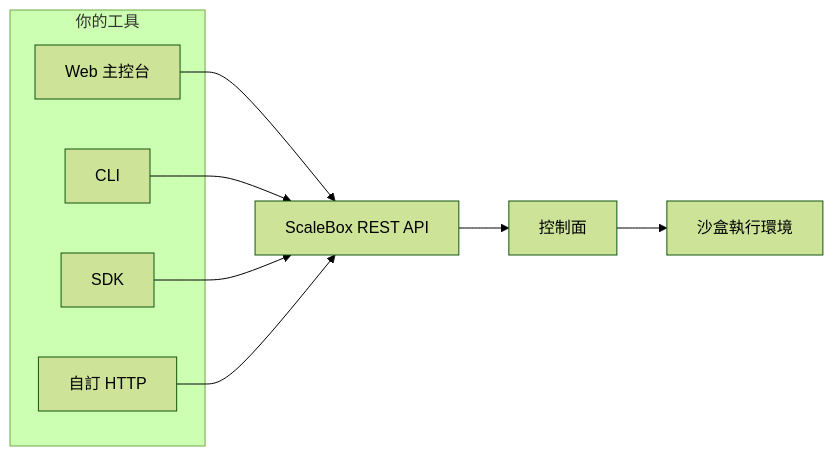
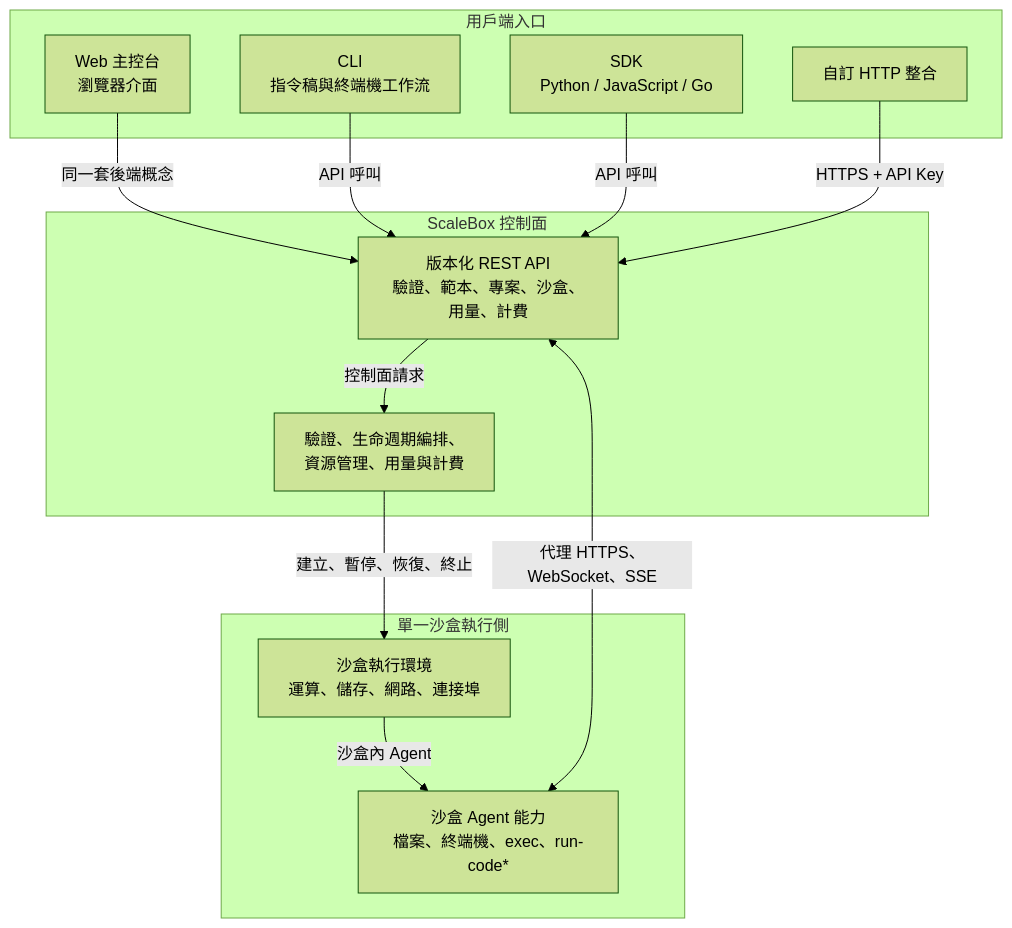
The diagram in content/zh-tw/guides/architecture-overview.mdx (scalebox-dev/scalebox-docs), drawn with Mermaid (forest theme) before and after one commit. The commit also changed other lines of this file and 2 other files, not shown here.

Commit message:
docs(guides): broaden platform overview and clarify architecture diagram
Expand API and CLI narratives (sandbox ops, exec/file flows, fuller CLI/API
coverage). Redraw mermaid with control plane, sandbox runtime, agent layer,
and proxied API paths. Align en/zh-cn/zh-tw.

Made-with: Cursor

````diff
--- a/content/zh-tw/guides/architecture-overview.mdx
+++ b/content/zh-tw/guides/architecture-overview.mdx
@@ -54,18 +54,29 @@
 ```mermaid
-flowchart LR
-  subgraph clients [你的工具]
-    Console[Web 主控台]
-    CLI[CLI]
-    SDK[SDK]
-    Raw[自訂 HTTP]
+flowchart TB
+  subgraph clients [用戶端入口]
+    Console[Web 主控台<br/>瀏覽器介面]
+    CLI[CLI<br/>指令稿與終端機工作流]
+    SDK[SDK<br/>Python / JavaScript / Go]
+    Raw[自訂 HTTP 整合]
   end
-  API[ScaleBox REST API]
-  CP[控制面]
-  RT[沙盒執行環境]
-  Console --> API
-  CLI --> API
-  SDK --> API
-  Raw --> API
-  API --> CP
-  CP --> RT
+
+  subgraph control [ScaleBox 控制面]
+    API[版本化 REST API<br/>驗證、範本、專案、沙盒、用量、計費]
+    Services[驗證、生命週期編排、<br/>資源管理、用量與計費]
+  end
+
+  subgraph sandbox [單一沙盒執行側]
+    Runtime[沙盒執行環境<br/>運算、儲存、網路、連接埠]
+    Agent[沙盒 Agent 能力<br/>檔案、終端機、exec、run-code*]
+  end
+
+  Console -->|同一套後端概念| API
+  CLI -->|API 呼叫| API
+  SDK -->|API 呼叫| API
+  Raw -->|HTTPS + API Key| API
+
+  API -->|控制面請求| Services
+  Services -->|建立、暫停、恢復、終止| Runtime
+  Runtime -->|沙盒內 Agent| Agent
+  API <--> |代理 HTTPS、WebSocket、SSE| Agent
 ```
````
